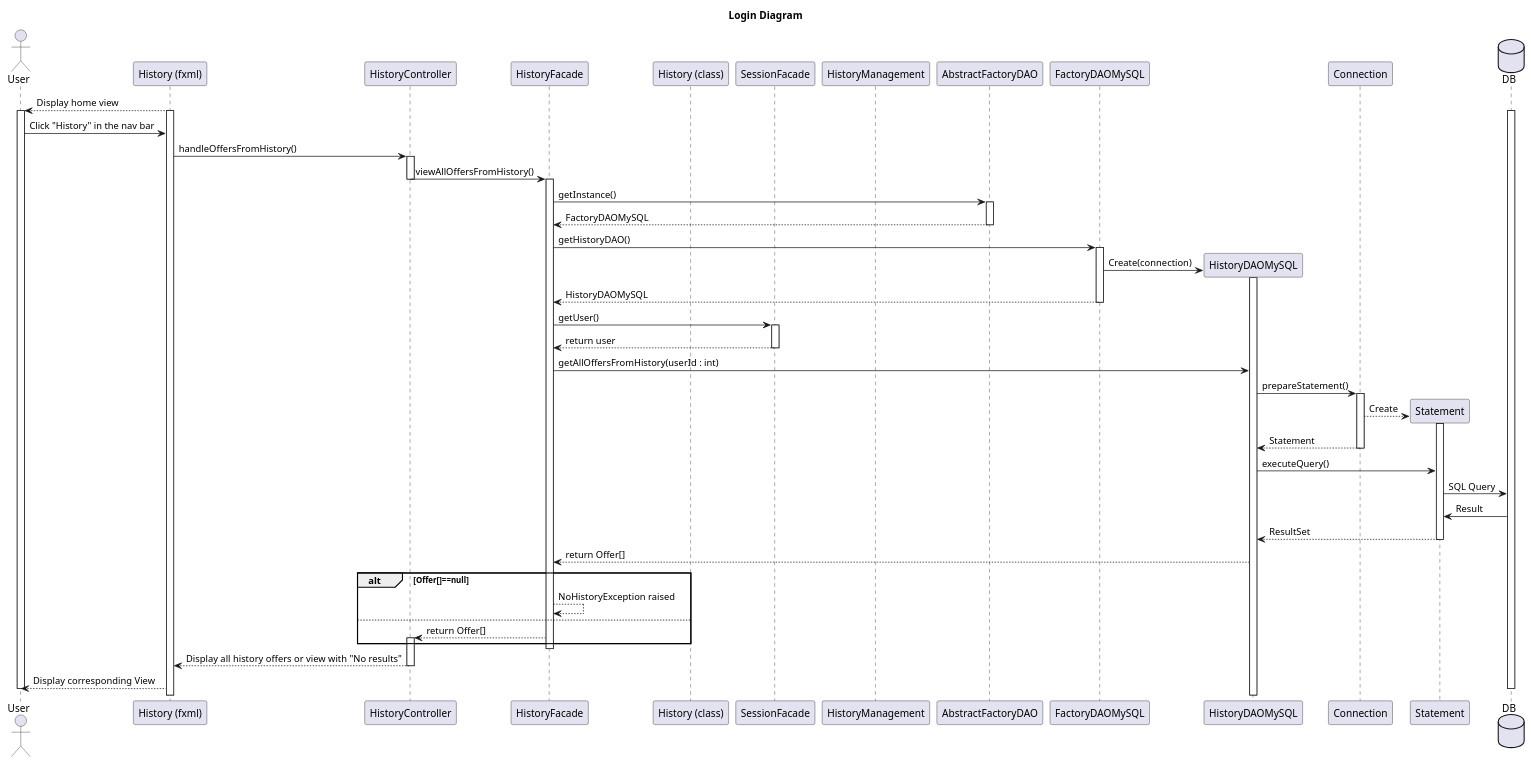
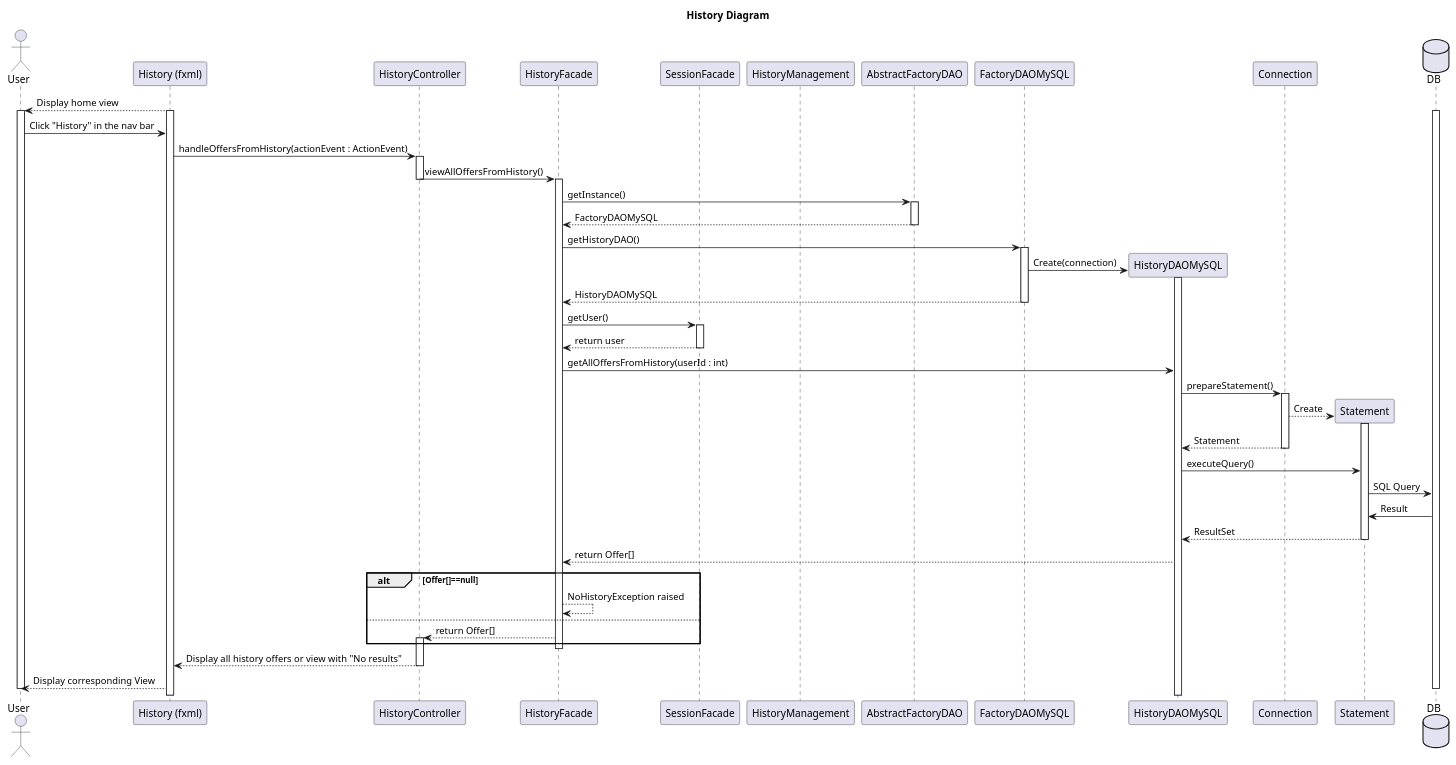
Before and after one commit to LaunoisRemy/ToolShare: the diagram in documents/diagram/history/historySequence.puml, drawn with PlantUML. The commit also changed 3 other files, not shown here.

Commit message:
UPDATE : offer & sequence diagrams to add actionEvent and return types

```diff
--- a/documents/diagram/history/historySequence.puml
+++ b/documents/diagram/history/historySequence.puml
@@ -1,103 +1,102 @@
 @startuml
-title Login Diagram
+title History Diagram
 
 actor User
 participant "History (fxml)"
 participant HistoryController
 participant HistoryFacade
-participant "History (class)"
 participant SessionFacade
 participant HistoryManagement
 participant AbstractFactoryDAO
 participant FactoryDAOMySQL
 participant HistoryDAOMySQL
 participant Connection
 participant Statement
 database DB
 
 
 "History (fxml)"-->User: Display home view
 
 activate "History (fxml)"
 activate User
 activate DB
 
 
 User->"History (fxml)": Click "History" in the nav bar
 
-"History (fxml)"->HistoryController: handleOffersFromHistory()
+"History (fxml)"->HistoryController: handleOffersFromHistory(actionEvent : ActionEvent)
 
 activate HistoryController
 
 HistoryController->HistoryFacade:viewAllOffersFromHistory()
 
 deactivate HistoryController
 
 activate HistoryFacade
 
 HistoryFacade->AbstractFactoryDAO:getInstance()
 activate AbstractFactoryDAO
 
 AbstractFactoryDAO--> HistoryFacade : FactoryDAOMySQL
 deactivate AbstractFactoryDAO
 
 HistoryFacade -> FactoryDAOMySQL:getHistoryDAO()
 
 activate FactoryDAOMySQL
 
 FactoryDAOMySQL->HistoryDAOMySQL **:Create(connection)
 
 activate HistoryDAOMySQL
 FactoryDAOMySQL-->HistoryFacade:HistoryDAOMySQL
 
 deactivate FactoryDAOMySQL
 
 HistoryFacade->SessionFacade: getUser()
 activate SessionFacade
 SessionFacade-->HistoryFacade: return user
 deactivate SessionFacade
 
 HistoryFacade->HistoryDAOMySQL:getAllOffersFromHistory(userId : int)
 HistoryDAOMySQL->Connection: prepareStatement()
 activate Connection
 
 Connection-->Statement **: Create
 
 activate Statement
 
 Connection-->HistoryDAOMySQL: Statement
 
 deactivate Connection
 
 HistoryDAOMySQL->Statement:executeQuery()
 
 Statement->DB: SQL Query
 
 DB->Statement:Result
 
 Statement-->HistoryDAOMySQL: ResultSet
 
 deactivate Statement
 
 HistoryDAOMySQL-->HistoryFacade: return Offer[]
 alt Offer[]==null
     HistoryFacade-->HistoryFacade: NoHistoryException raised
 else
     HistoryFacade-->HistoryController : return Offer[]
     activate HistoryController
 end
 
 
 deactivate HistoryFacade
 
 HistoryController-->"History (fxml)": Display all history offers or view with "No results"
 
 deactivate HistoryController
 
 "History (fxml)"-->User: Display corresponding View
 
 deactivate DB
 deactivate HistoryManagement
 deactivate User
 
 @enduml
```
